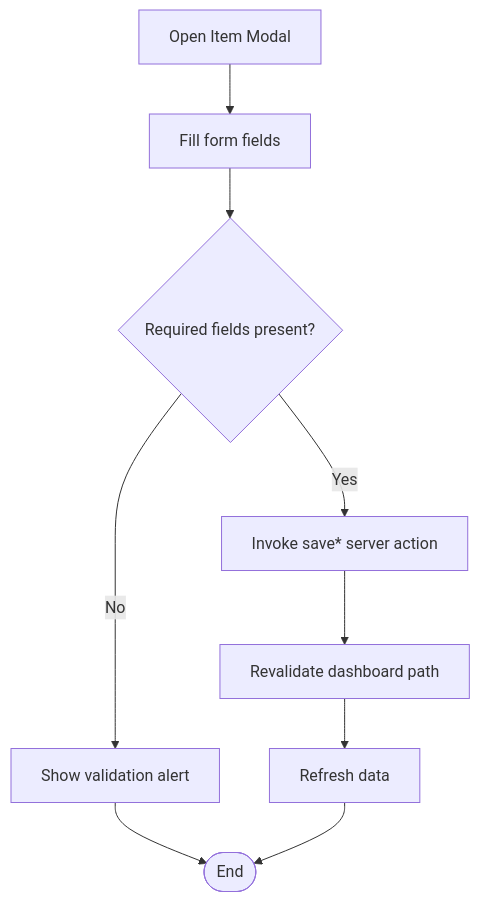
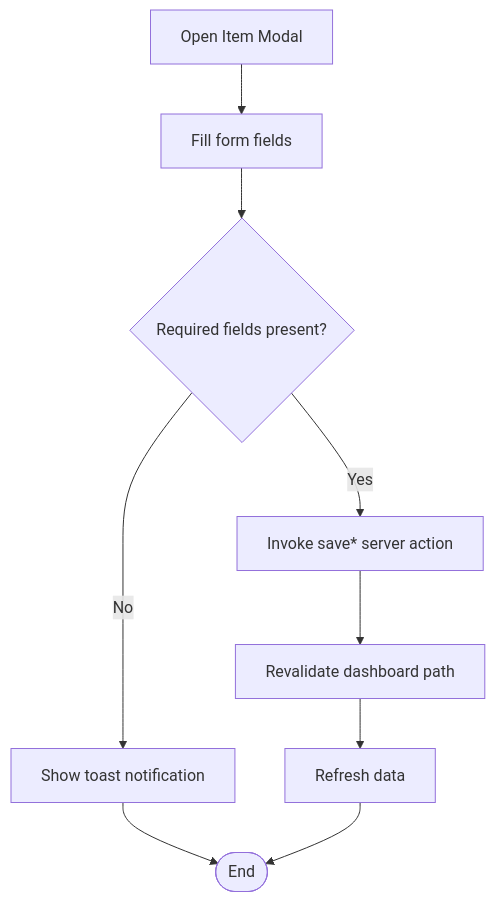
The sixth of 13 diagrams in .qoder/repowiki/en/content/Pages and Routing/Admin Interface.md (Black-box01/rhemaexpertsolutions), drawn with Mermaid before and after one commit. The commit also changed other lines of this file and 37 other files, not shown here.

````diff
--- a/.qoder/repowiki/en/content/Pages and Routing/Admin Interface.md
+++ b/.qoder/repowiki/en/content/Pages and Routing/Admin Interface.md
@@ -320,11 +328,11 @@
 ```mermaid
 flowchart TD
 OpenModal["Open Item Modal"] --> FillForm["Fill form fields"]
 FillForm --> Validate{"Required fields present?"}
-Validate --> |No| Alert["Show validation alert"]
+Validate --> |No| ShowToast["Show toast notification"]
 Validate --> |Yes| Save["Invoke save* server action"]
 Save --> Revalidate["Revalidate dashboard path"]
 Revalidate --> Refresh["Refresh data"]
-Alert --> End(["End"])
+ShowToast --> End(["End"])
 Refresh --> End
 ```
````
